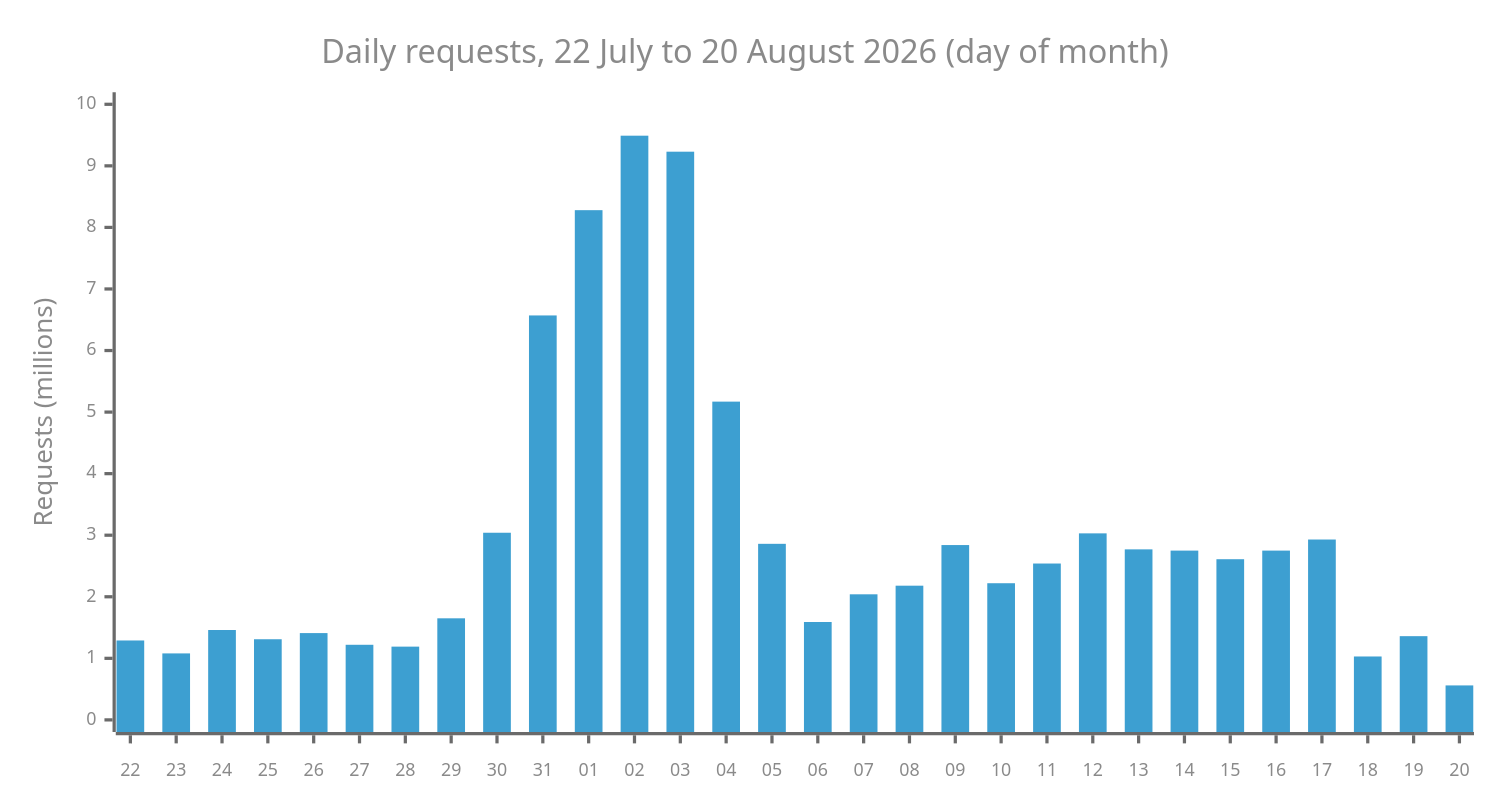
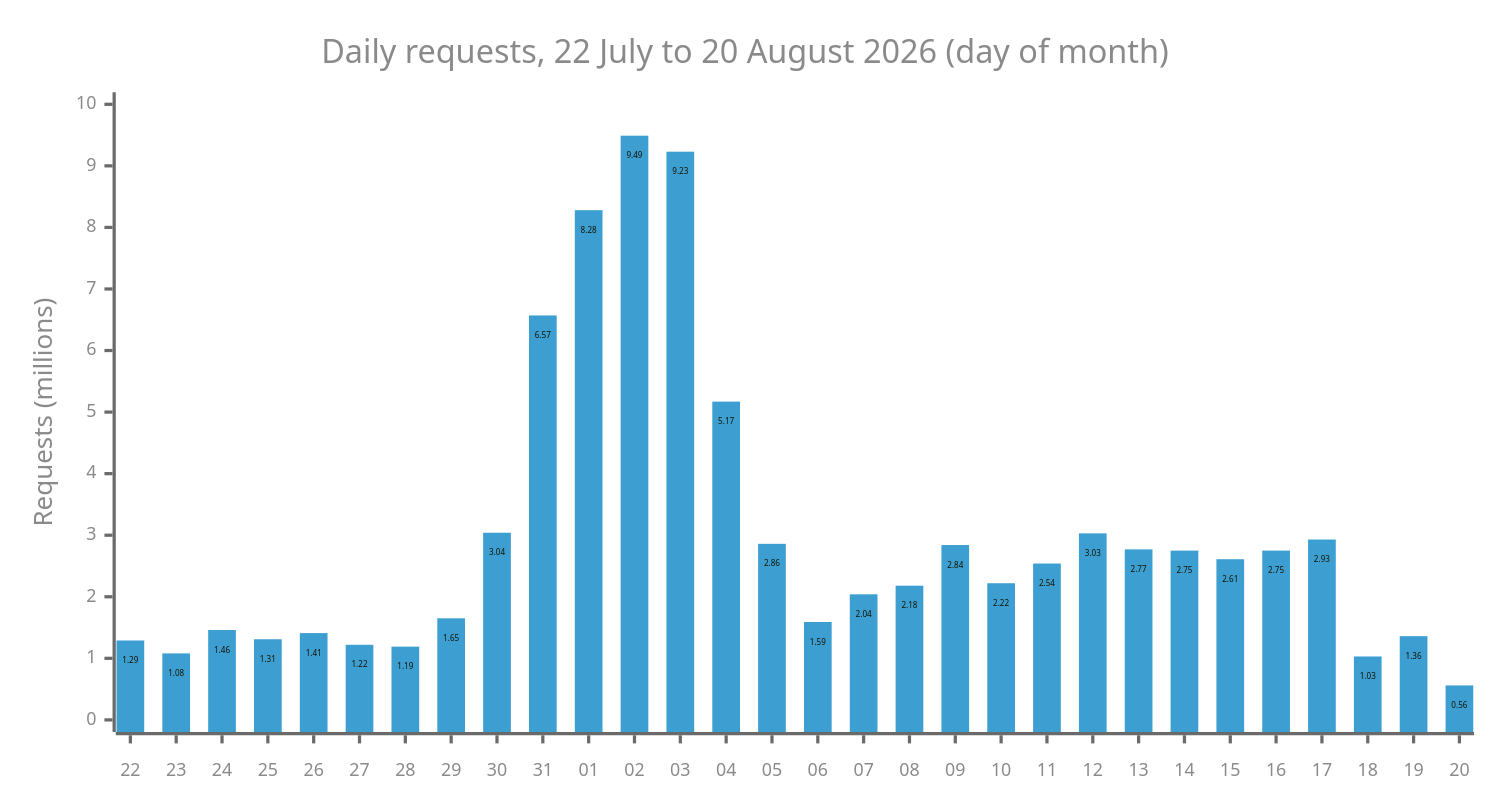
One commit to lopes/lopes.id changed the second of 2 diagrams in log/web-request-storm-incident/index.qmd. Above: the diagram before and after it, drawn with Mermaid.

Commit message:
post: show value labels on the request chart

````diff
--- a/log/web-request-storm-incident/index.qmd
+++ b/log/web-request-storm-incident/index.qmd
@@ -200,8 +200,8 @@
 ```{mermaid}
-%%{init: {"themeVariables": {"xyChart": {"backgroundColor":"transparent","plotColorPalette":"#3d9fd1","titleColor":"#8a8a8a","xAxisLabelColor":"#8a8a8a","xAxisTitleColor":"#8a8a8a","xAxisTickColor":"#6a6a6a","xAxisLineColor":"#6a6a6a","yAxisLabelColor":"#8a8a8a","yAxisTitleColor":"#8a8a8a","yAxisTickColor":"#6a6a6a","yAxisLineColor":"#6a6a6a"}}, "xyChart": {"width": 900, "height": 480, "xAxis": {"labelFontSize": 11, "labelPadding": 8}, "yAxis": {"labelFontSize": 11}}}}%%
+%%{init: {"themeVariables":{"xyChart":{"backgroundColor":"transparent","plotColorPalette":"#3d9fd1","titleColor":"#8a8a8a","xAxisLabelColor":"#8a8a8a","xAxisTitleColor":"#8a8a8a","xAxisTickColor":"#6a6a6a","xAxisLineColor":"#6a6a6a","yAxisLabelColor":"#8a8a8a","yAxisTitleColor":"#8a8a8a","yAxisTickColor":"#6a6a6a","yAxisLineColor":"#6a6a6a"}},"xyChart":{"width":900,"height":480,"xAxis":{"labelFontSize":11,"labelPadding":8},"yAxis":{"labelFontSize":11},"showDataLabel":true}}}%%
 xychart-beta
     title "Daily requests, 22 July to 20 August 2026 (day of month)"
     x-axis [22, 23, 24, 25, 26, 27, 28, 29, 30, 31, 01, 02, 03, 04, 05, 06, 07, 08, 09, 10, 11, 12, 13, 14, 15, 16, 17, 18, 19, 20]
     y-axis "Requests (millions)" 0 --> 10
     bar [1.29, 1.08, 1.46, 1.31, 1.41, 1.22, 1.19, 1.65, 3.04, 6.57, 8.28, 9.49, 9.23, 5.17, 2.86, 1.59, 2.04, 2.18, 2.84, 2.22, 2.54, 3.03, 2.77, 2.75, 2.61, 2.75, 2.93, 1.03, 1.36, 0.56]
 ```
````
